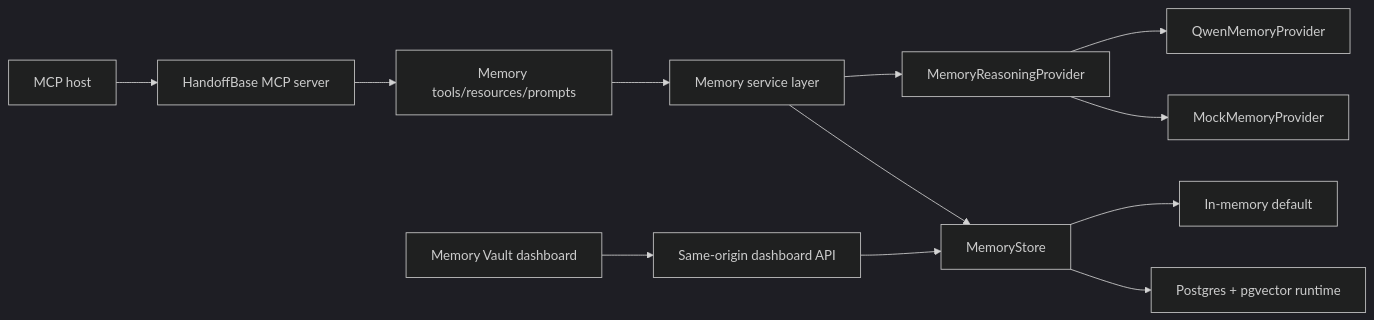
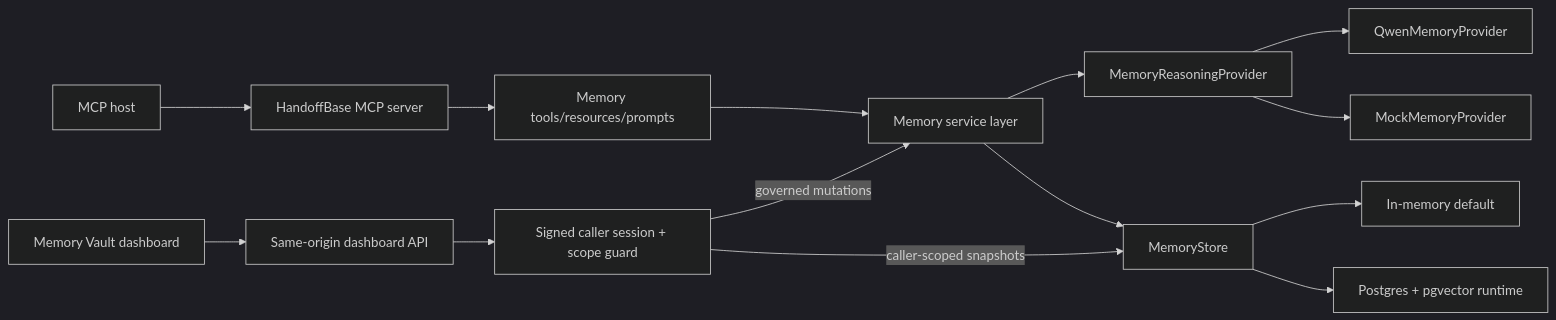
One commit to jensonChow/handoffbase changed the diagram in README.md. Above: the diagram before and after it, drawn with Mermaid (dark theme). The commit also changed other lines of this file and 100 other files, not shown here.

````diff
--- a/README.md
+++ b/README.md
@@ -330,14 +441,16 @@
 ```mermaid
 flowchart LR
   Host["MCP host"] --> Server["HandoffBase MCP server"]
   Server --> Tools["Memory tools/resources/prompts"]
   Tools --> Service["Memory service layer"]
   Service --> Provider["MemoryReasoningProvider"]
   Provider --> Qwen["QwenMemoryProvider"]
   Provider --> Mock["MockMemoryProvider"]
   Service --> Store["MemoryStore"]
   Store --> Memory["In-memory default"]
   Store --> Postgres["Postgres + pgvector runtime"]
   Dashboard["Memory Vault dashboard"] --> API["Same-origin dashboard API"]
-  API --> Store
+  API --> Session["Signed caller session + scope guard"]
+  Session -->|governed mutations| Service
+  Session -->|caller-scoped snapshots| Store
 ```
````
